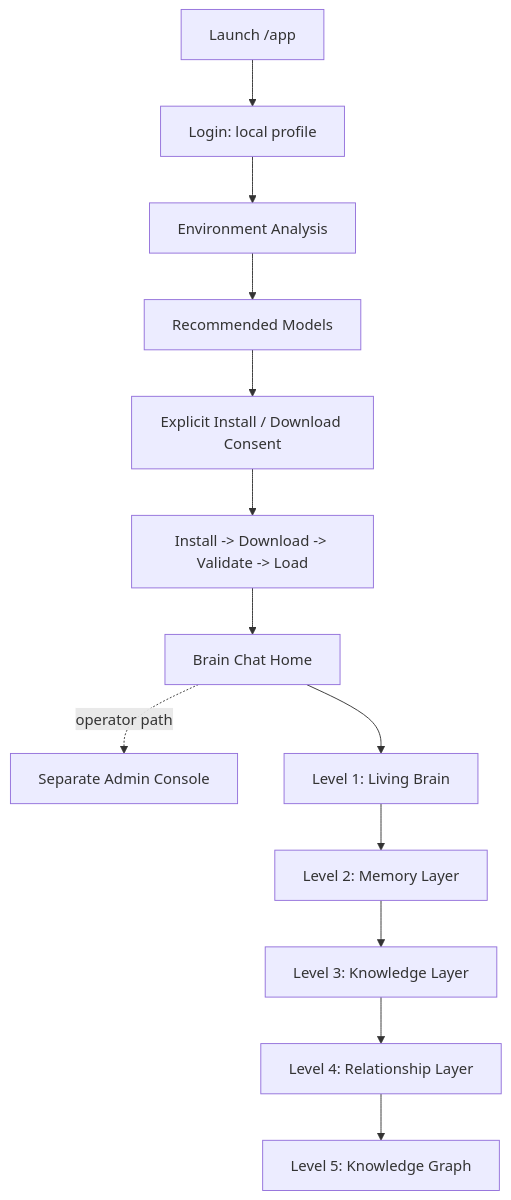
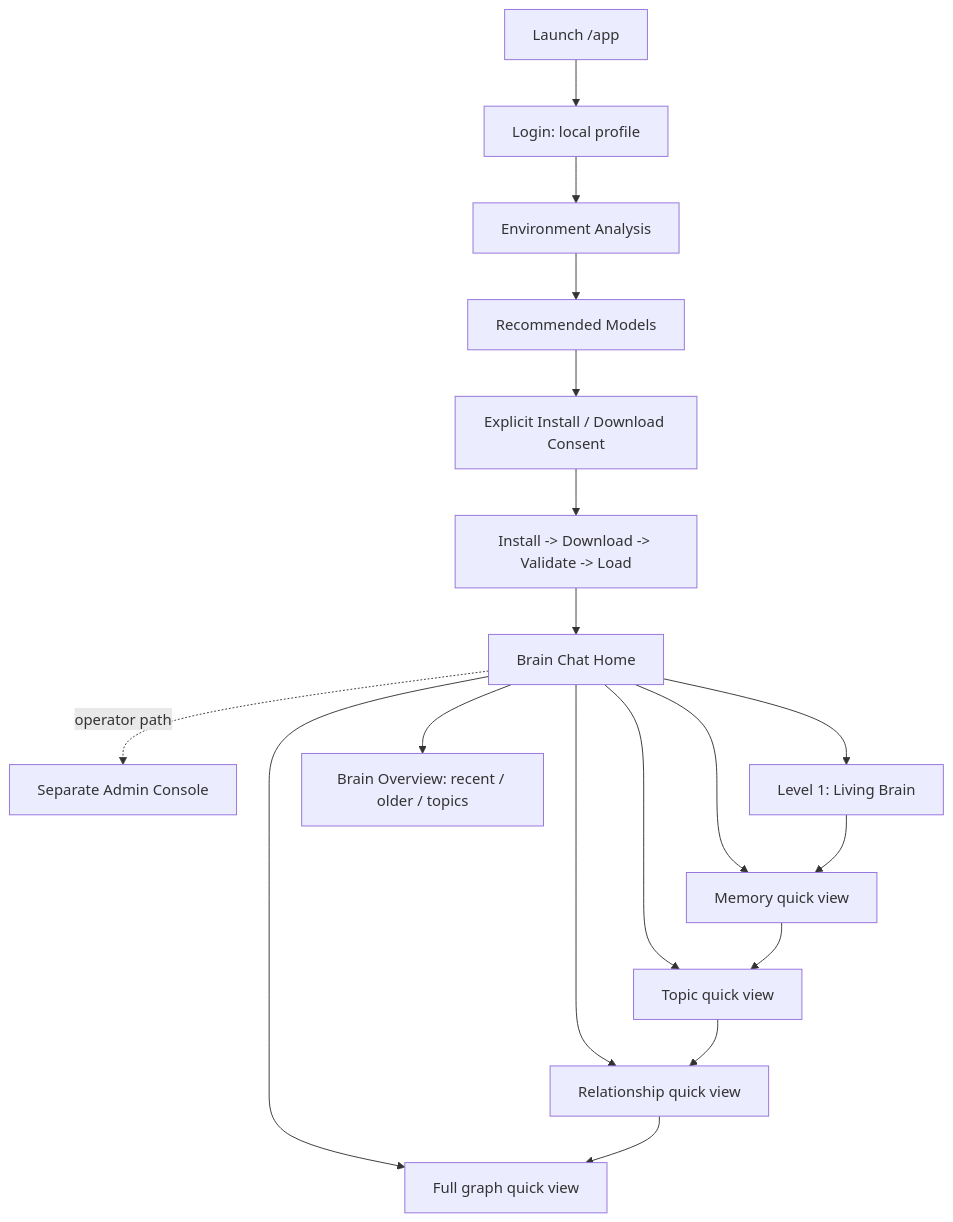
The second of 10 diagrams in ARCHITECTURE.md (TaeSooPark-PTS/LatticeAI), drawn with Mermaid before and after one commit. The commit also changed other lines of this file and 51 other files, not shown here.

````diff
--- a/ARCHITECTURE.md
+++ b/ARCHITECTURE.md
@@ -34,15 +36,20 @@
 ```mermaid
 flowchart TD
   Start["Launch /app"] --> Login["Login: local profile"]
   Login --> Analysis["Environment Analysis"]
   Analysis --> Recommend["Recommended Models"]
   Recommend --> Consent["Explicit Install / Download Consent"]
   Consent --> Prepare["Install -> Download -> Validate -> Load"]
   Prepare --> BrainChat["Brain Chat Home"]
   BrainChat -. operator path .-> Admin["Separate Admin Console"]
   BrainChat --> Depth1["Level 1: Living Brain"]
-  Depth1 --> Depth2["Level 2: Memory Layer"]
-  Depth2 --> Depth3["Level 3: Knowledge Layer"]
-  Depth3 --> Depth4["Level 4: Relationship Layer"]
-  Depth4 --> Depth5["Level 5: Knowledge Graph"]
+  BrainChat --> Overview["Brain Overview: recent / older / topics"]
+  BrainChat --> Depth2["Memory quick view"]
+  BrainChat --> Depth3["Topic quick view"]
+  BrainChat --> Depth4["Relationship quick view"]
+  BrainChat --> Depth5["Full graph quick view"]
+  Depth1 --> Depth2
+  Depth2 --> Depth3
+  Depth3 --> Depth4
+  Depth4 --> Depth5
 ```
````
